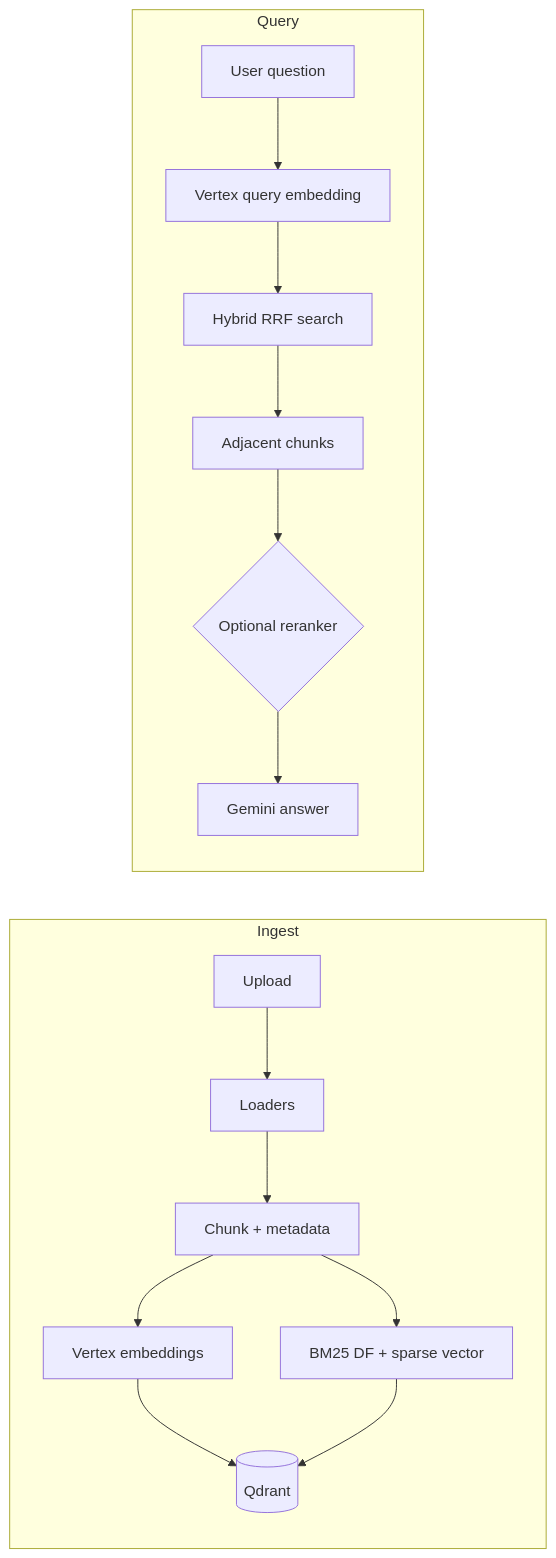
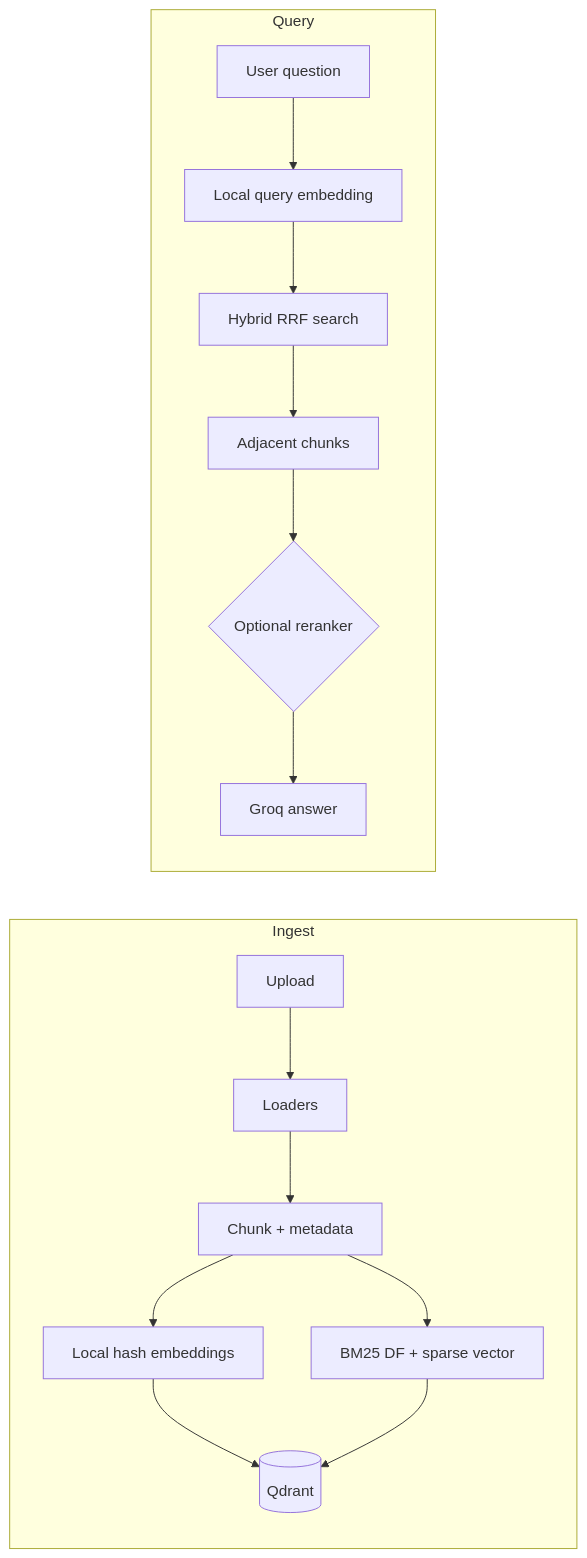
Before and after one commit to Bharatoberoi/gcp-rag-app: the diagram in README.md, drawn with Mermaid. The commit also changed other lines of this file and 20 other files, not shown here.

````diff
--- a/README.md
+++ b/README.md
@@ -17,18 +17,18 @@
 ```mermaid
 flowchart LR
   subgraph ingest[Ingest]
     U[Upload] --> L[Loaders]
     L --> C[Chunk + metadata]
-    C --> E[Vertex embeddings]
+    C --> E[Local hash embeddings]
     C --> B[BM25 DF + sparse vector]
     E --> Q[(Qdrant)]
     B --> Q
   end
   subgraph query[Query]
-    Q2[User question] --> EQ[Vertex query embedding]
+    Q2[User question] --> EQ[Local query embedding]
     EQ --> H[Hybrid RRF search]
     H --> A[Adjacent chunks]
     A --> R{Optional reranker}
-    R --> G[Gemini answer]
+    R --> G[Groq answer]
   end
 ```
````
